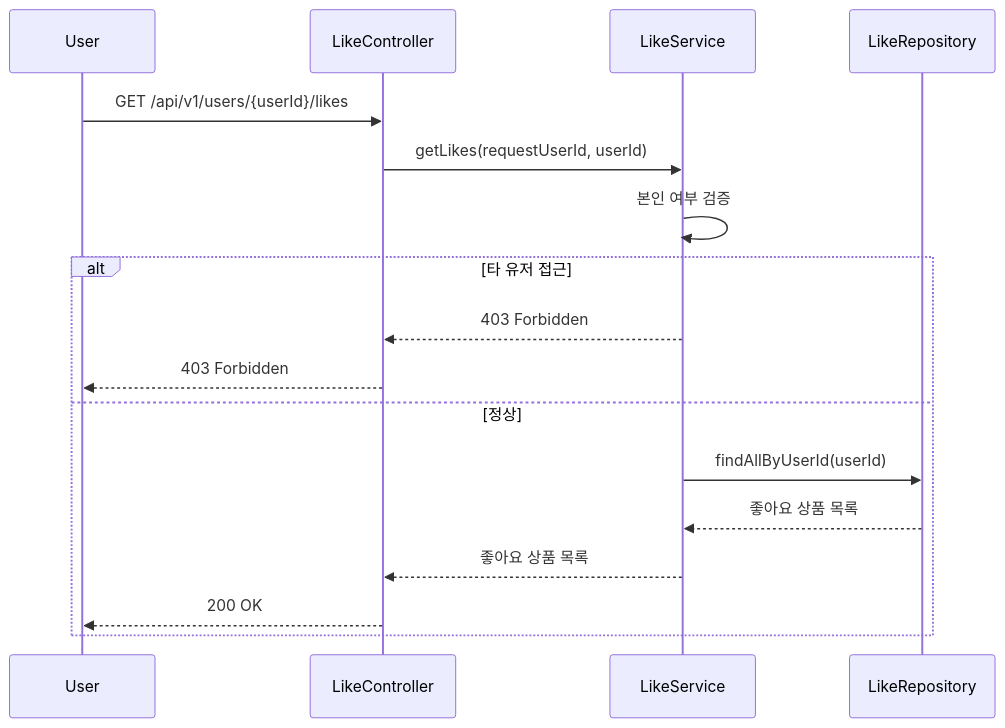
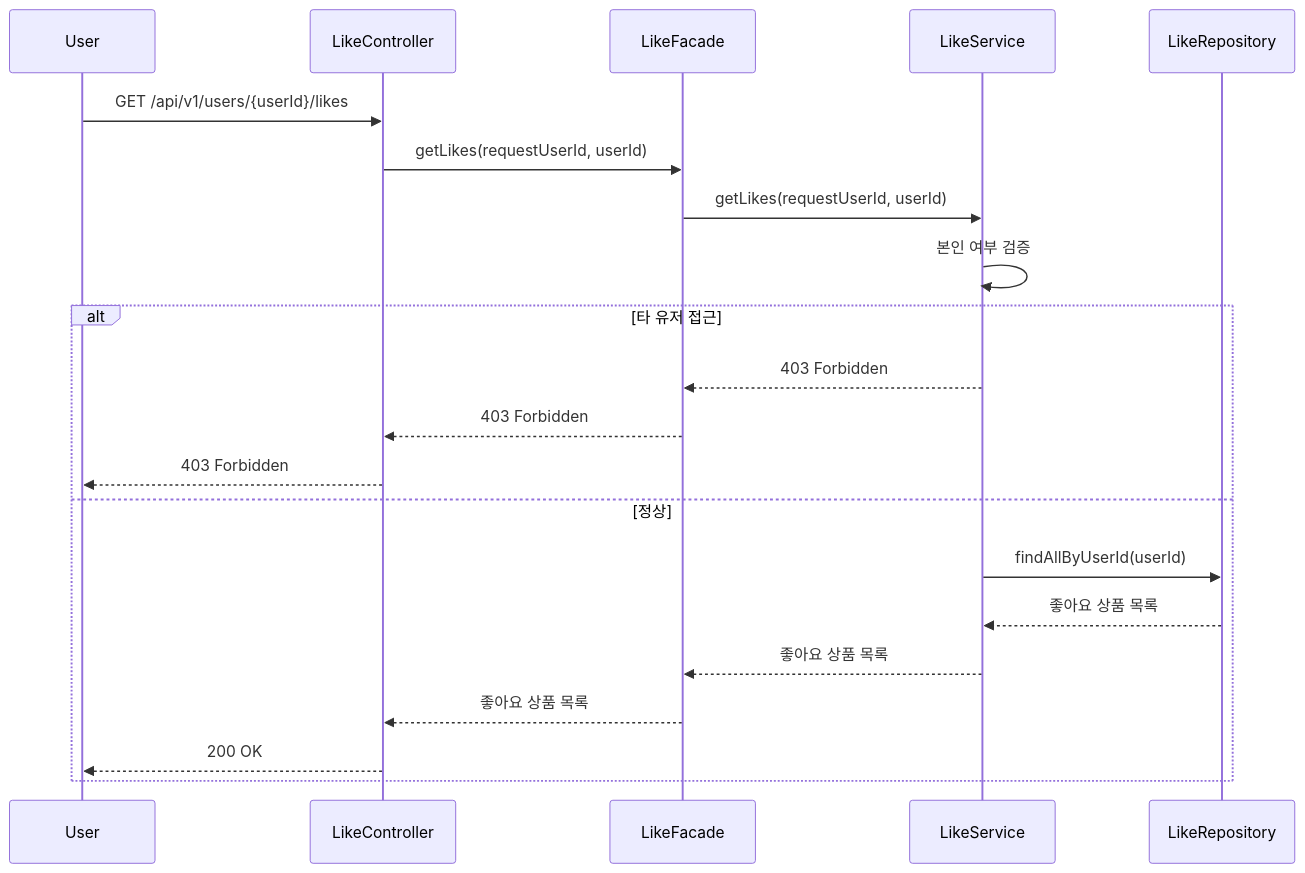
One commit to loopers-labs/loop-pack-be-l2-vol4-java changed diagram 18 of 33 in .docs/design/sequence-diagrams.md. Above: the diagram before and after it, drawn with Mermaid. The commit also changed other lines of this file, not shown here.

Commit message:
fix: 시퀀스 다이어그램 파사드 추가

````diff
--- a/.docs/design/sequence-diagrams.md
+++ b/.docs/design/sequence-diagrams.md
@@ -479,21 +536,25 @@
 ```mermaid
 sequenceDiagram
     participant User
     participant LikeController
+    participant LikeFacade
     participant LikeService
     participant LikeRepository
 
     User->>LikeController: GET /api/v1/users/{userId}/likes
-    LikeController->>LikeService: getLikes(requestUserId, userId)
+    LikeController->>LikeFacade: getLikes(requestUserId, userId)
+    LikeFacade->>LikeService: getLikes(requestUserId, userId)
     LikeService->>LikeService: 본인 여부 검증
 
     alt 타 유저 접근
-        LikeService-->>LikeController: 403 Forbidden
+        LikeService-->>LikeFacade: 403 Forbidden
+        LikeFacade-->>LikeController: 403 Forbidden
         LikeController-->>User: 403 Forbidden
     else 정상
         LikeService->>LikeRepository: findAllByUserId(userId)
         LikeRepository-->>LikeService: 좋아요 상품 목록
-        LikeService-->>LikeController: 좋아요 상품 목록
+        LikeService-->>LikeFacade: 좋아요 상품 목록
+        LikeFacade-->>LikeController: 좋아요 상품 목록
         LikeController-->>User: 200 OK
     end
 ```
````
